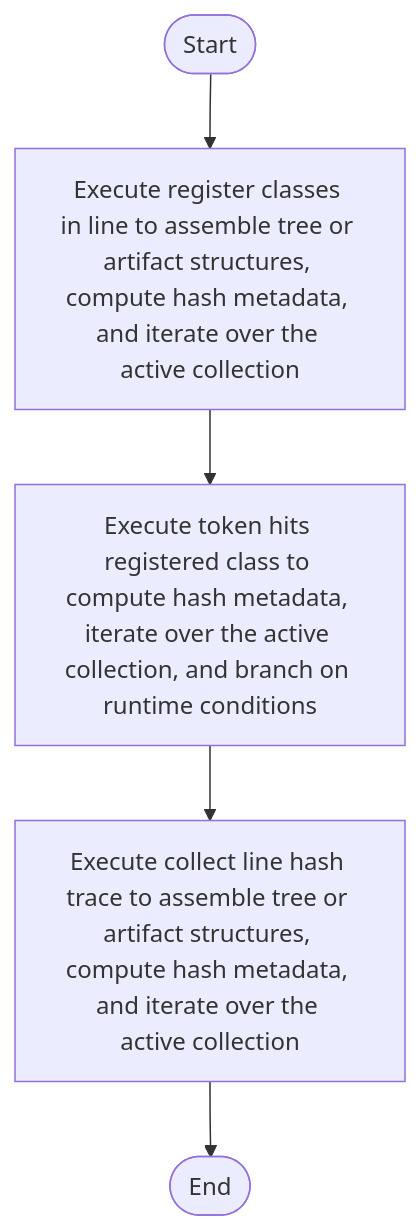
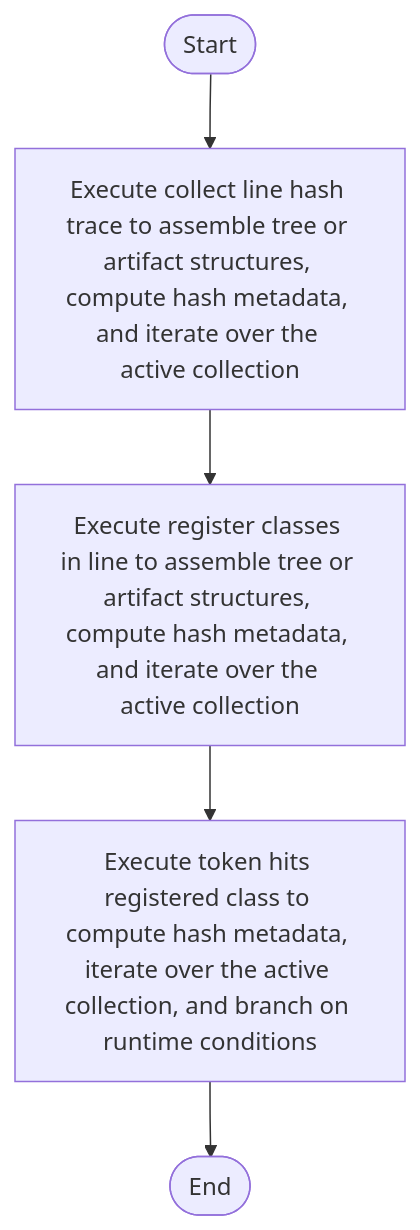
Before and after one commit to JohnAndrewBalbarosa/NeoTerritory: the diagram in docs/Codebase/Microservice/Modules/Source/SyntacticBrokenAST/ParseTree/Internal/registry.cpp.md, drawn with Mermaid. The commit also changed 148 other files, not shown here.

````diff
--- a/docs/Codebase/Microservice/Modules/Source/SyntacticBrokenAST/ParseTree/Internal/registry.cpp.md
+++ b/docs/Codebase/Microservice/Modules/Source/SyntacticBrokenAST/ParseTree/Internal/registry.cpp.md
@@ -27,12 +27,12 @@
 ```mermaid
 flowchart TD
     Start([Start])
-    N0[Execute register classes in line to assemble tree or artifact structures, compute hash metadata, and iterate over the active collection]
-    N1[Execute token hits registered class to compute hash metadata, iterate over the active collection, and branch on runtime conditions]
-    N2[Execute collect line hash trace to assemble tree or artifact structures, compute hash metadata, and iterate over the active collection]
+    N0[Execute collect line hash trace to assemble tree or artifact structures, compute hash metadata, and iterate over the active collection]
+    N1[Execute register classes in line to assemble tree or artifact structures, compute hash metadata, and iterate over the active collection]
+    N2[Execute token hits registered class to compute hash metadata, iterate over the active collection, and branch on runtime conditions]
     End([End])
     Start --> N0
     N0 --> N1
     N1 --> N2
     N2 --> End
 ```
````
